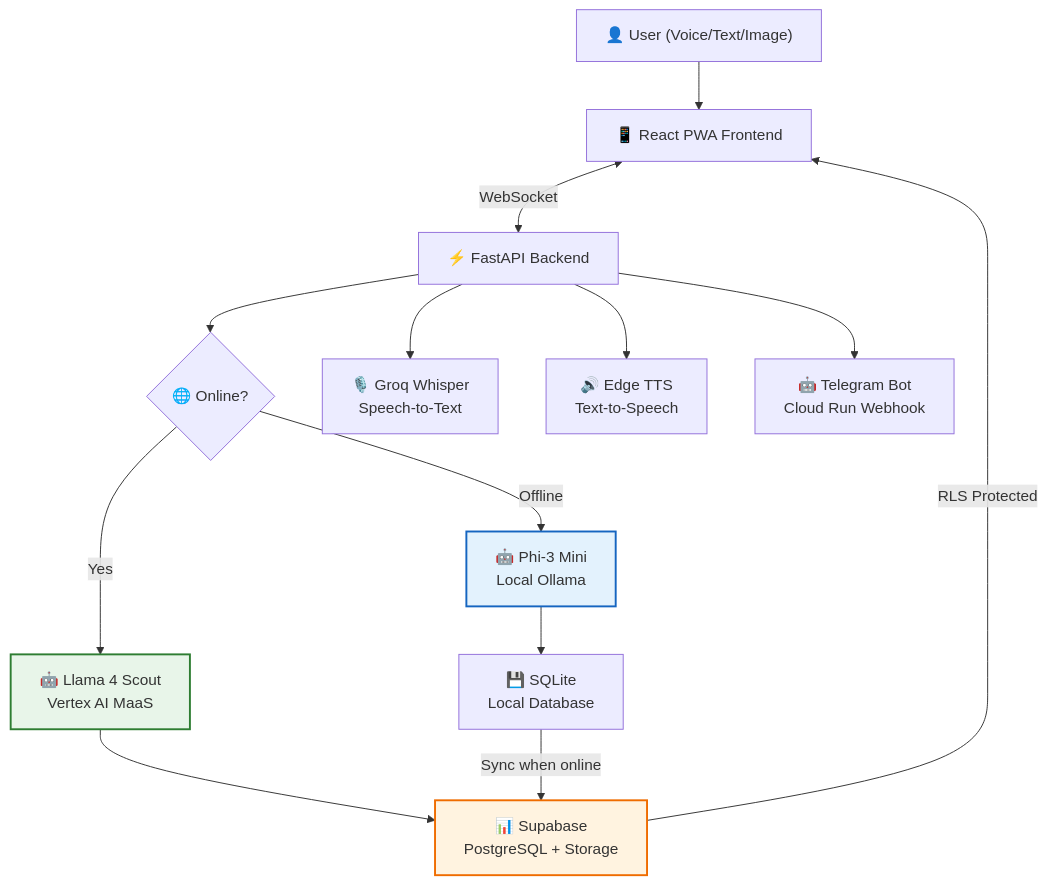
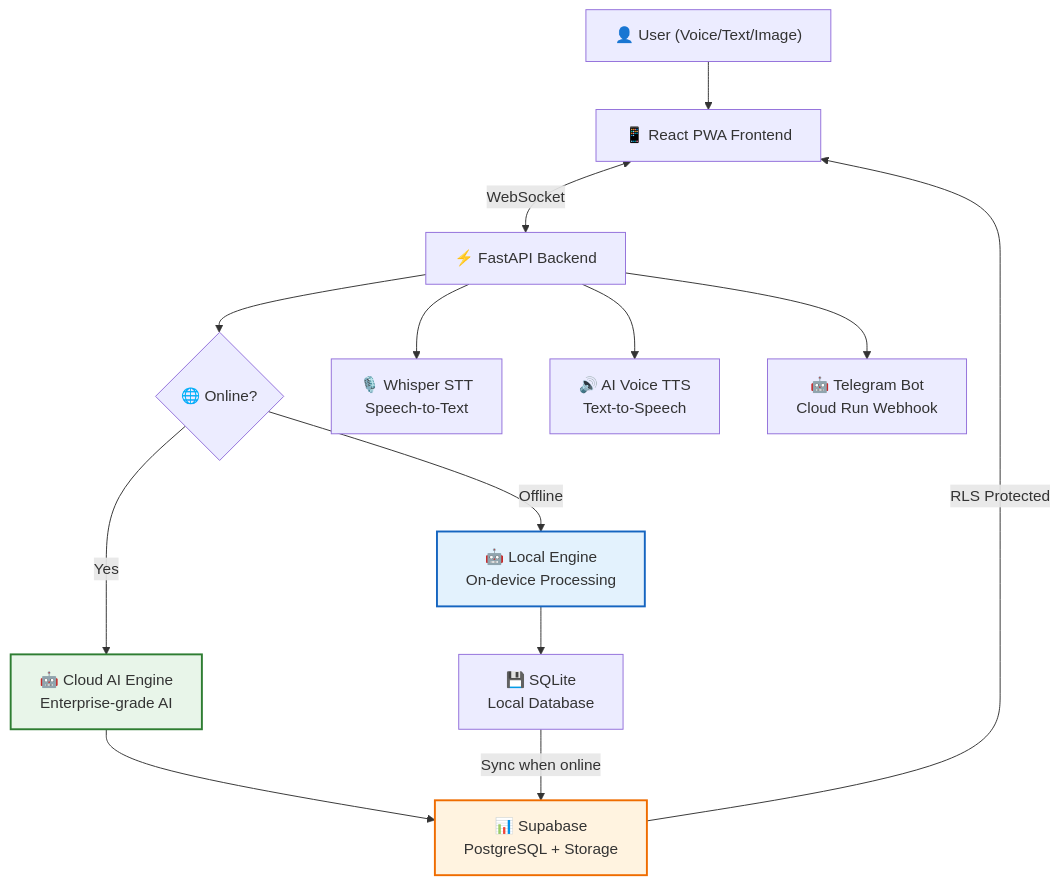
The first of 2 diagrams in README.md (mazi3012/dukansathi-monorepo), drawn with Mermaid before and after one commit. The commit also changed other lines of this file and 7 other files, not shown here.

````diff
--- a/README.md
+++ b/README.md
@@ -36,26 +35,26 @@
 ```mermaid
 graph TD
     A["👤 User (Voice/Text/Image)"] --> B["📱 React PWA Frontend"]
     
     B <-->|WebSocket| C["⚡ FastAPI Backend"]
     
     C --> D{"🌐 Online?"}
     
-    D -->|Yes| E["🤖 Llama 4 Scout<br/>Vertex AI MaaS"]
-    D -->|Offline| F["🤖 Phi-3 Mini<br/>Local Ollama"]
+    D -->|Yes| E["🤖 Cloud AI Engine<br/>Enterprise-grade AI"]
+    D -->|Offline| F["🤖 Local Engine<br/>On-device Processing"]
     
     E --> G["📊 Supabase<br/>PostgreSQL + Storage"]
     F --> H["💾 SQLite<br/>Local Database"]
     
-    C --> I["🎙️ Groq Whisper<br/>Speech-to-Text"]
-    C --> J["🔊 Edge TTS<br/>Text-to-Speech"]
+    C --> I["🎙️ Whisper STT<br/>Speech-to-Text"]
+    C --> J["🔊 AI Voice TTS<br/>Text-to-Speech"]
     
     C --> K["🤖 Telegram Bot<br/>Cloud Run Webhook"]
     
     G -->|"RLS Protected"| B
     H -->|"Sync when online"| G
     
     style E fill:#e8f5e9,stroke:#2e7d32,stroke-width:2px
     style F fill:#e3f2fd,stroke:#1565c0,stroke-width:2px
     style G fill:#fff3e0,stroke:#ef6c00,stroke-width:2px
 ```
````
